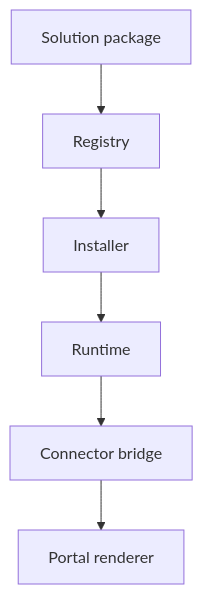
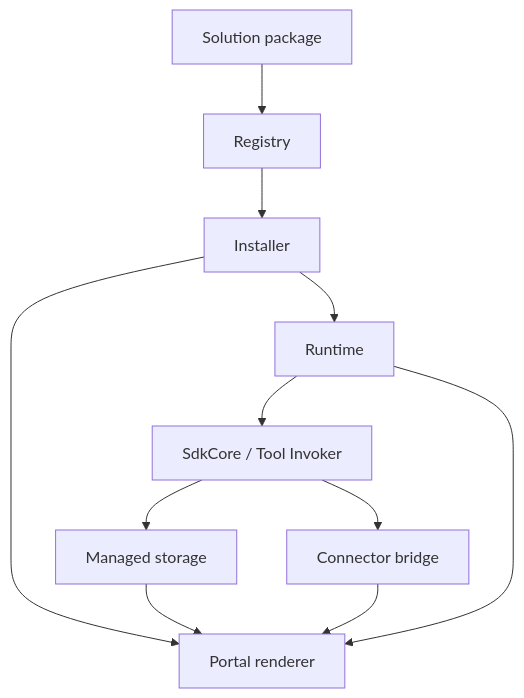
The diagram in docs/solutions/overview.md (qefro-ai/qefro-documentation), drawn with Mermaid before and after one commit. The commit also changed other lines of this file and 10 other files, not shown here.

First line of the commit message:
docs: document managed storage and restaurant-pro 1.3.0

````diff
--- a/docs/solutions/overview.md
+++ b/docs/solutions/overview.md
@@ -73,8 +75,13 @@
 ```mermaid
 flowchart TB
     A[Solution package] --> B[Registry]
     B --> C[Installer]
     C --> D[Runtime]
-    D --> E[Connector bridge]
-    E --> F[Portal renderer]
+    D --> E[SdkCore / Tool Invoker]
+    E --> S[Managed storage]
+    E --> F[Connector bridge]
+    C --> G[Portal renderer]
+    S --> G
+    F --> G
+    D --> G
 ```
````
